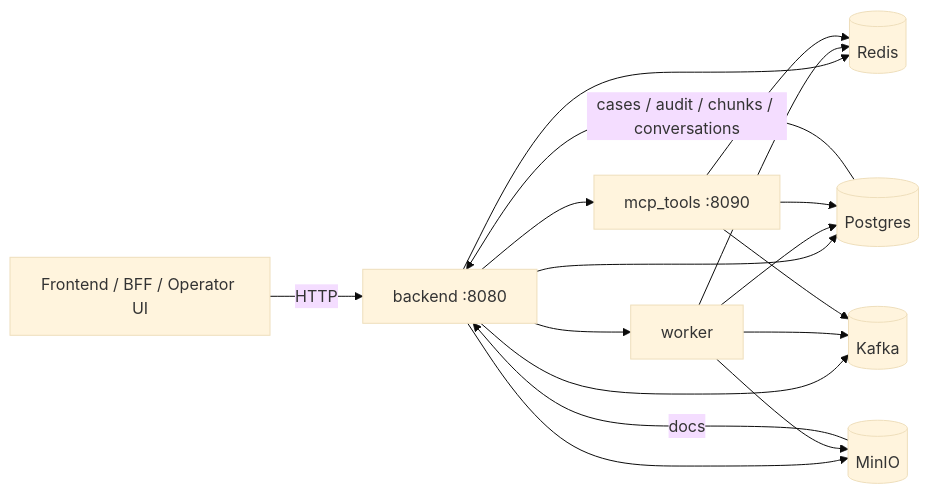
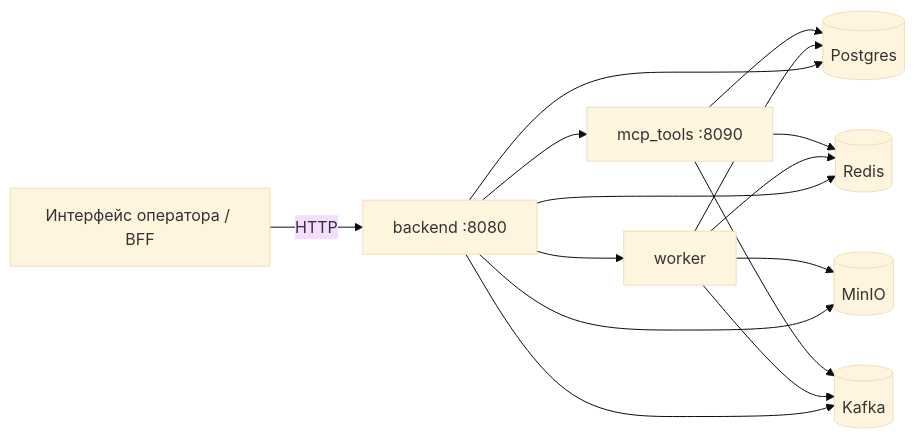
The first of 3 diagrams in README.md (Lin-Lini/llm-copilot-bank-mvp), drawn with Mermaid (base theme) before and after one commit. The commit also changed other lines of this file and 59 other files, not shown here.

````diff
--- a/README.md
+++ b/README.md
@@ -80,23 +67,20 @@
 ```mermaid
 flowchart LR
-    UI[Frontend / BFF / Operator UI] -->|HTTP| BE[backend :8080]
+    UI[Интерфейс оператора / BFF] -->|HTTP| BE[backend :8080]
 
     BE --> WRK[worker]
     BE --> MCP[mcp_tools :8090]
     BE --> PG[(Postgres)]
     BE --> RD[(Redis)]
     BE --> MN[(MinIO)]
     BE --> KF[(Kafka)]
 
     WRK --> PG
     WRK --> RD
     WRK --> MN
     WRK --> KF
 
     MCP --> PG
     MCP --> RD
     MCP --> KF
-
-    PG -->|cases / audit / chunks / conversations| BE
-    MN -->|docs| BE
 ```
````
